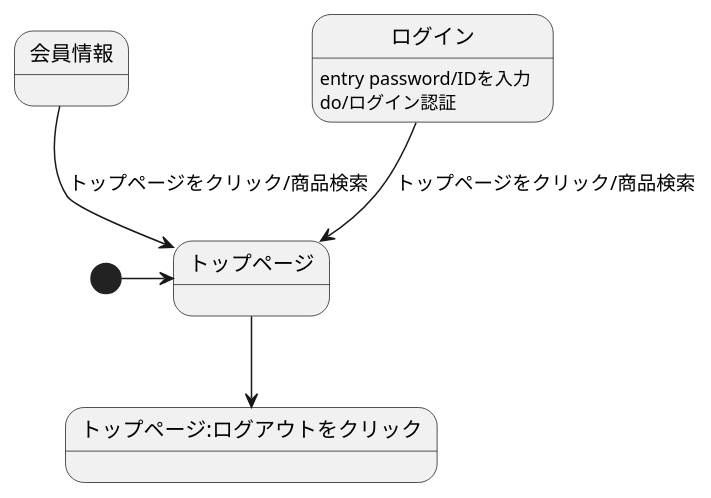
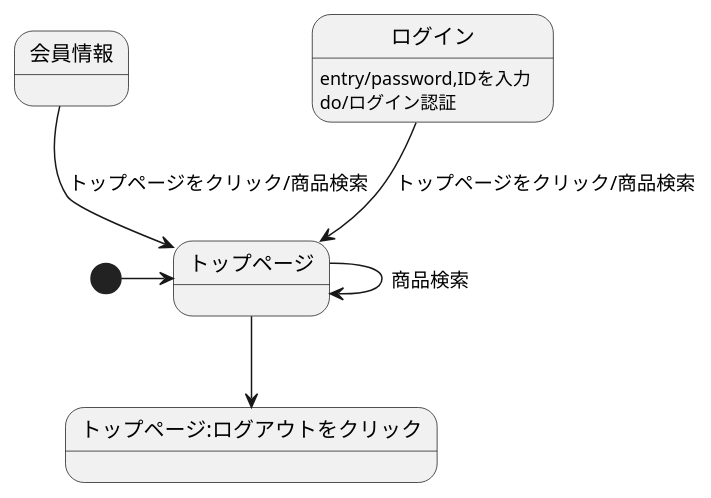
The diagram in stm01.md (Aso2001388/2021sys-design), drawn with PlantUML before and after one commit.

````diff
--- a/stm01.md
+++ b/stm01.md
@@ -1,10 +1,12 @@
 ```uml
 @startuml
 [*]->トップページ
 会員情報-->トップページ:トップページをクリック/商品検索
 ログイン-->トップページ:トップページをクリック/商品検索
-ログイン: entry password/IDを入力
+ログイン: entry/password,IDを入力
 ログイン:do/ログイン認証
 トップページ-->トップページ:ログアウトをクリック
+トップページ-->トップページ: 商品検索
+
 @enduml
 ```
````
